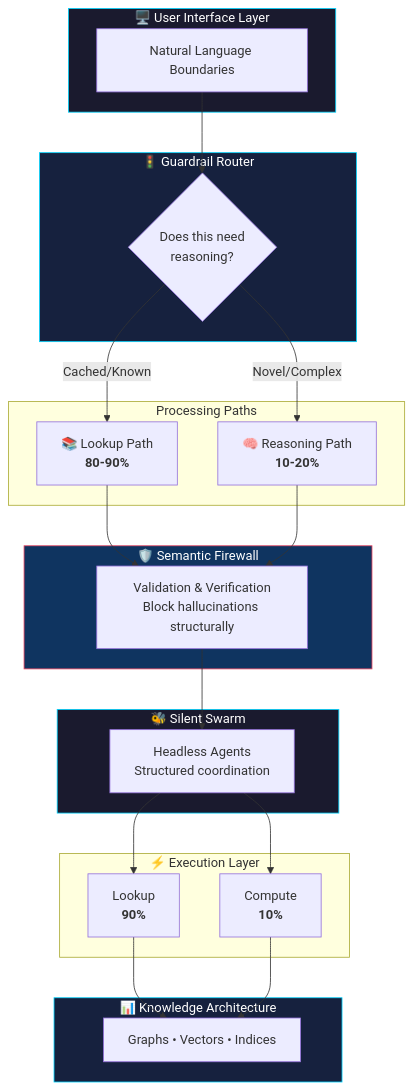
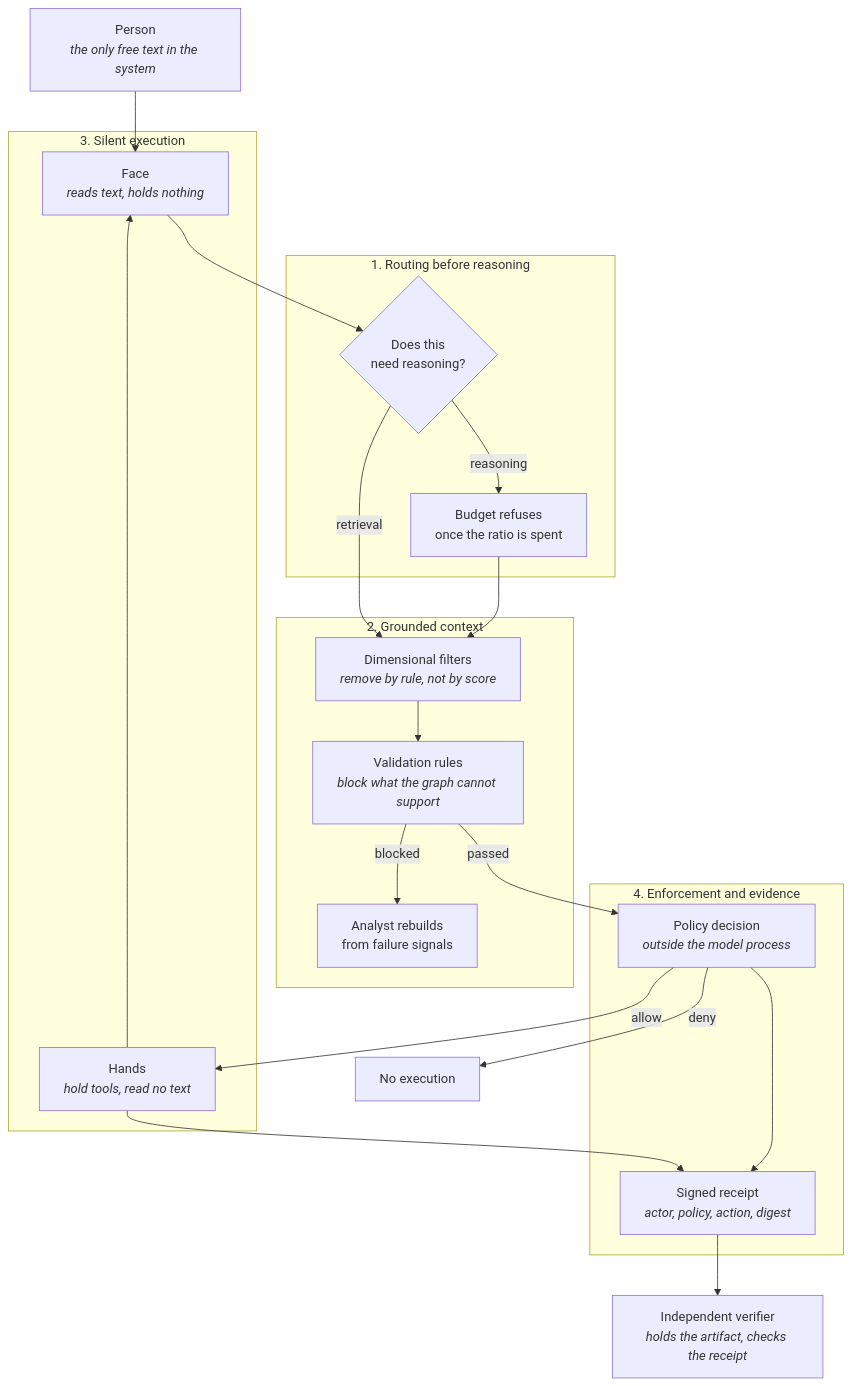
Before and after one commit to imran-siddique/agentic-architecture: the first of 2 diagrams in README.md, drawn with Mermaid. The commit also changed other lines of this file and 3 other files, not shown here.

````diff
--- a/README.md
+++ b/README.md
@@ -129,49 +131,42 @@
 ```mermaid
 flowchart TB
-    subgraph UI["🖥️ User Interface Layer"]
-        User["Natural Language Boundaries"]
+    User["Person<br/><i>the only free text in the system</i>"]
+
+    subgraph P1["1. Routing before reasoning"]
+        Decision{"Does this<br/>need reasoning?"}
+        Budget["Budget refuses<br/>once the ratio is spent"]
     end
 
-    subgraph Router["🚦 Guardrail Router"]
-        Decision{"Does this need<br/>reasoning?"}
+    subgraph P2["2. Grounded context"]
+        Filters["Dimensional filters<br/><i>remove by rule, not by score</i>"]
+        Rules["Validation rules<br/><i>block what the graph cannot support</i>"]
+        Heal["Analyst rebuilds<br/>from failure signals"]
     end
 
-    subgraph Paths["Processing Paths"]
-        Lookup["📚 Lookup Path<br/><b>80-90%</b>"]
-        Reasoning["🧠 Reasoning Path<br/><b>10-20%</b>"]
+    subgraph P3["3. Silent execution"]
+        Face["Face<br/><i>reads text, holds nothing</i>"]
+        Hands["Hands<br/><i>hold tools, read no text</i>"]
     end
 
-    subgraph Firewall["🛡️ Semantic Firewall"]
-        Validate["Validation & Verification<br/>Block hallucinations structurally"]
+    subgraph P4["4. Enforcement and evidence"]
+        Policy["Policy decision<br/><i>outside the model process</i>"]
+        Receipt["Signed receipt<br/><i>actor, policy, action, digest</i>"]
     end
 
-    subgraph Swarm["🐝 Silent Swarm"]
-        Headless["Headless Agents<br/>Structured coordination"]
-    end
+    Verifier["Independent verifier<br/><i>holds the artifact, checks the receipt</i>"]
 
-    subgraph Execution["⚡ Execution Layer"]
-        L90["Lookup<br/><b>90%</b>"]
-        C10["Compute<br/><b>10%</b>"]
-    end
-
-    subgraph Knowledge["📊 Knowledge Architecture"]
-        KG["Graphs • Vectors • Indices"]
-    end
-
-    User --> Decision
-    Decision -->|"Cached/Known"| Lookup
-    Decision -->|"Novel/Complex"| Reasoning
-    Lookup --> Validate
-    Reasoning --> Validate
-    Validate --> Headless
-    Headless --> L90
-    Headless --> C10
-    L90 --> KG
-    C10 --> KG
-
-    style UI fill:#1a1a2e,stroke:#00d4ff,color:#fff
-    style Router fill:#16213e,stroke:#00d4ff,color:#fff
-    style Firewall fill:#0f3460,stroke:#e94560,color:#fff
-    style Swarm fill:#1a1a2e,stroke:#00d4ff,color:#fff
-    style Knowledge fill:#16213e,stroke:#00d4ff,color:#fff
+    User --> Face
+    Face --> Decision
+    Decision -->|"retrieval"| Filters
+    Decision -->|"reasoning"| Budget
+    Budget --> Filters
+    Filters --> Rules
+    Rules -->|"blocked"| Heal
+    Rules -->|"passed"| Policy
+    Policy -->|"allow"| Hands
+    Policy -->|"deny"| Stop["No execution"]
+    Hands --> Receipt
+    Policy --> Receipt
+    Receipt --> Verifier
+    Hands --> Face
 ```
````
